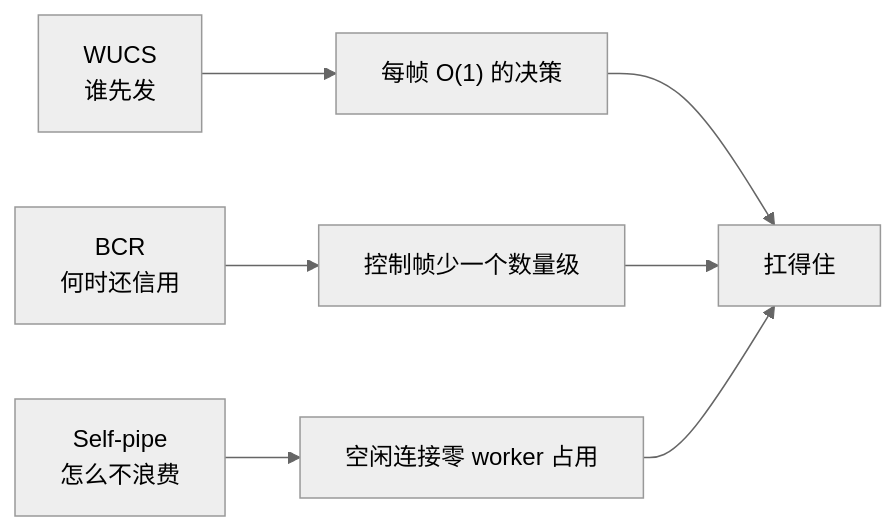
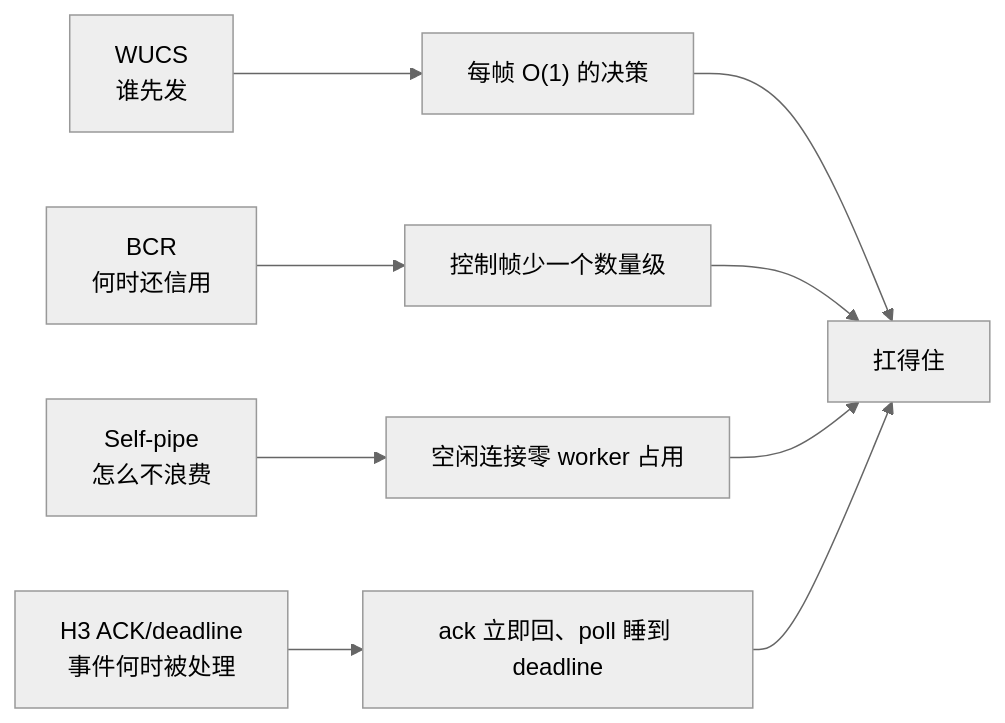
One commit to blueokanna/Courierust changed the diagram in blogs/README.md. Above: the diagram before and after it, drawn with Mermaid (neutral theme). The commit also changed other lines of this file and 19 other files, not shown here.

Commit message:
Refine H3 latency tail with immediate ACK and deadline-folded polls

````diff
--- a/blogs/README.md
+++ b/blogs/README.md
@@ -15,10 +16,12 @@
 ```mermaid
 flowchart LR
     A["WUCS<br/>谁先发"] --> D["每帧 O(1) 的决策"]
     B["BCR<br/>何时还信用"] --> E["控制帧少一个数量级"]
     C["Self-pipe<br/>怎么不浪费"] --> F["空闲连接零 worker 占用"]
+    H["H3 ACK/deadline<br/>事件何时被处理"] --> I["ack 立即回、poll 睡到 deadline"]
 
     D --> G["快"]
     E --> G
     F --> G["扛得住"]
+    I --> G
 ```
````
